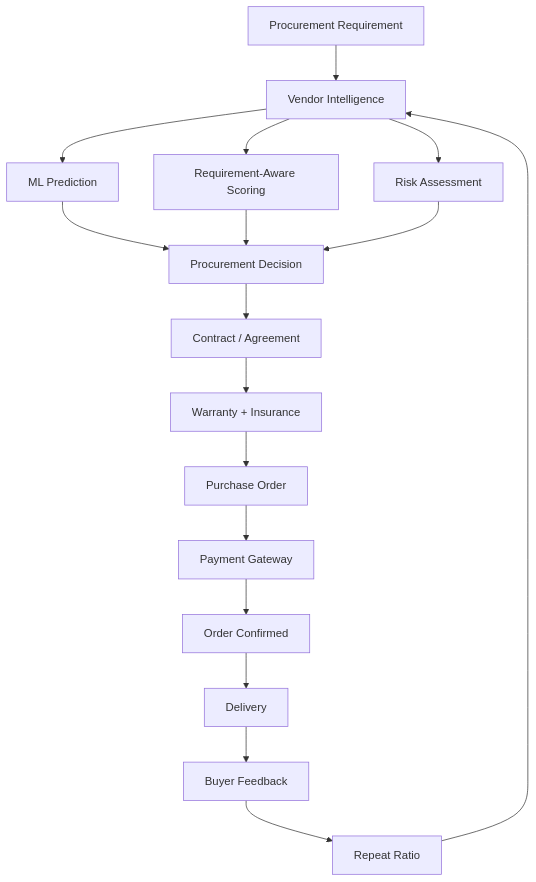
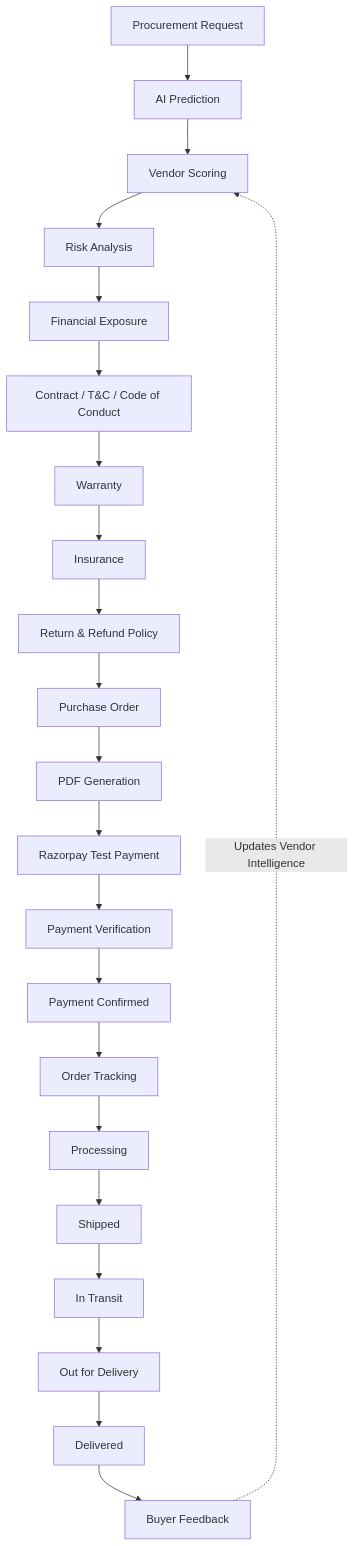
One commit to Aaryan-2903/Aetheris-Zenesys changed the first of 2 diagrams in README.md. Above: the diagram before and after it, drawn with Mermaid. The commit also changed other lines of this file, not shown here.

````diff
--- a/README.md
+++ b/README.md
@@ -107,21 +44,24 @@
 ```mermaid
 flowchart TD
-    A[Procurement Requirement] --> B[Vendor Intelligence]
-    B --> C[ML Prediction]
-    B --> D[Requirement-Aware Scoring]
-    B --> E[Risk Assessment]
-
-    C --> F[Procurement Decision]
-    D --> F
-    E --> F
-
-    F --> G[Contract / Agreement]
-    G --> H[Warranty + Insurance]
-    H --> I[Purchase Order]
-    I --> J[Payment Gateway]
-    J --> K[Order Confirmed]
-    K --> L[Delivery]
-    L --> M[Buyer Feedback]
-    M --> N[Repeat Ratio]
-    N --> B
+    A[Procurement Request] --> B[AI Prediction]
+    B --> C[Vendor Scoring]
+    C --> D[Risk Analysis]
+    D --> E[Financial Exposure]
+    E --> F[Contract / T&C / Code of Conduct]
+    F --> G[Warranty]
+    G --> H[Insurance]
+    H --> I[Return & Refund Policy]
+    I --> J[Purchase Order]
+    J --> K[PDF Generation]
+    K --> L[Razorpay Test Payment]
+    L --> M[Payment Verification]
+    M --> N[Payment Confirmed]
+    N --> O[Order Tracking]
+    O --> P[Processing]
+    P --> Q[Shipped]
+    Q --> R[In Transit]
+    R --> S[Out for Delivery]
+    S --> T[Delivered]
+    T --> U[Buyer Feedback]
+    U -.->|Updates Vendor Intelligence| C
 ```
````
